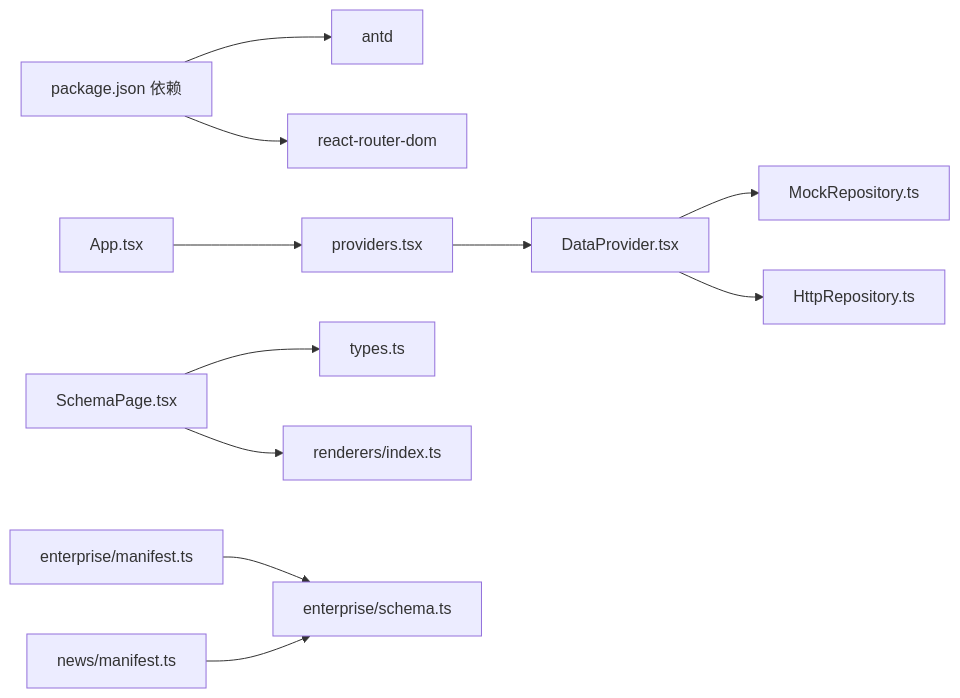
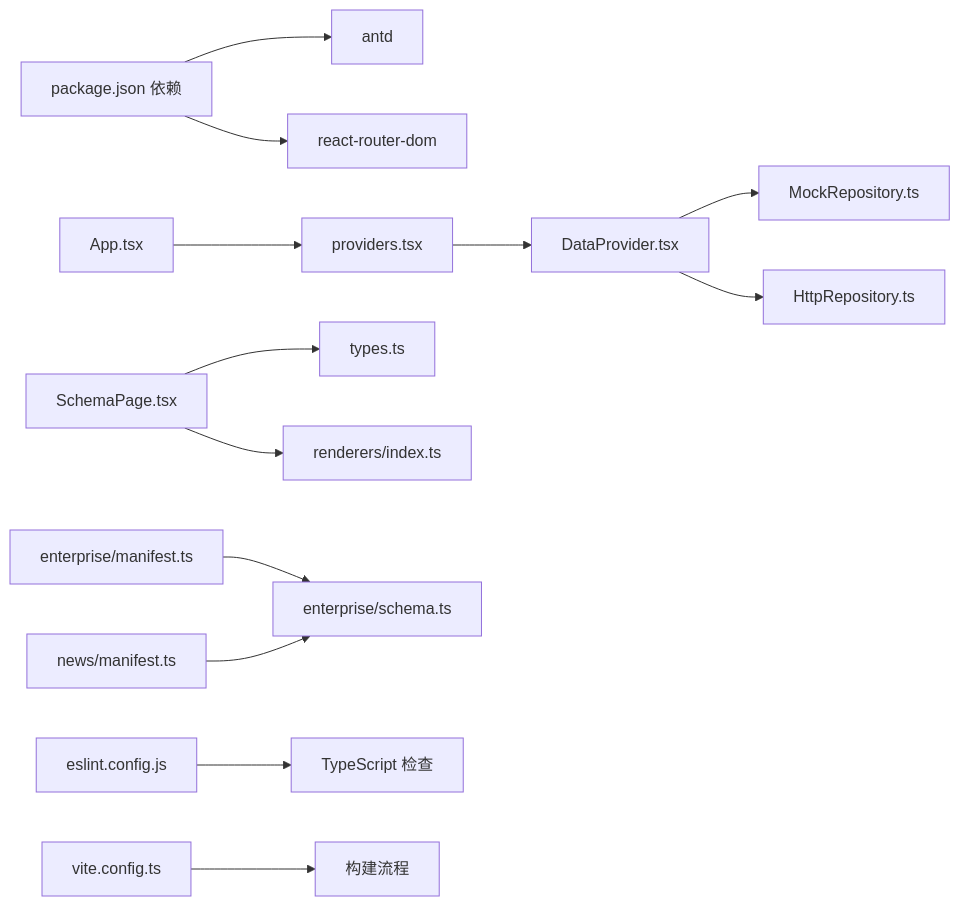
Before and after one commit to Seiano/hj-admin: the seventh of 7 diagrams in .qoder/repowiki/zh/content/开发指南/开发指南.md, drawn with Mermaid. The commit also changed other lines of this file and 13 other files, not shown here.

````diff
--- a/.qoder/repowiki/zh/content/开发指南/开发指南.md
+++ b/.qoder/repowiki/zh/content/开发指南/开发指南.md
@@ -381,13 +556,15 @@
 ```mermaid
 graph LR
 Pkg["package.json 依赖"] --> Antd["antd"]
 Pkg --> RR["react-router-dom"]
 App["App.tsx"] --> Prov["providers.tsx"]
 Prov --> DP["DataProvider.tsx"]
 DP --> MR["MockRepository.ts"]
 DP --> HR["HttpRepository.ts"]
 SP["SchemaPage.tsx"] --> Types["types.ts"]
 SP --> Ren["renderers/index.ts"]
 EntM["enterprise/manifest.ts"] --> EntS["enterprise/schema.ts"]
 NewsM["news/manifest.ts"] --> EntS
+ESLint["eslint.config.js"] --> TS["TypeScript 检查"]
+Vite["vite.config.ts"] --> Build["构建流程"]
 ```
````
